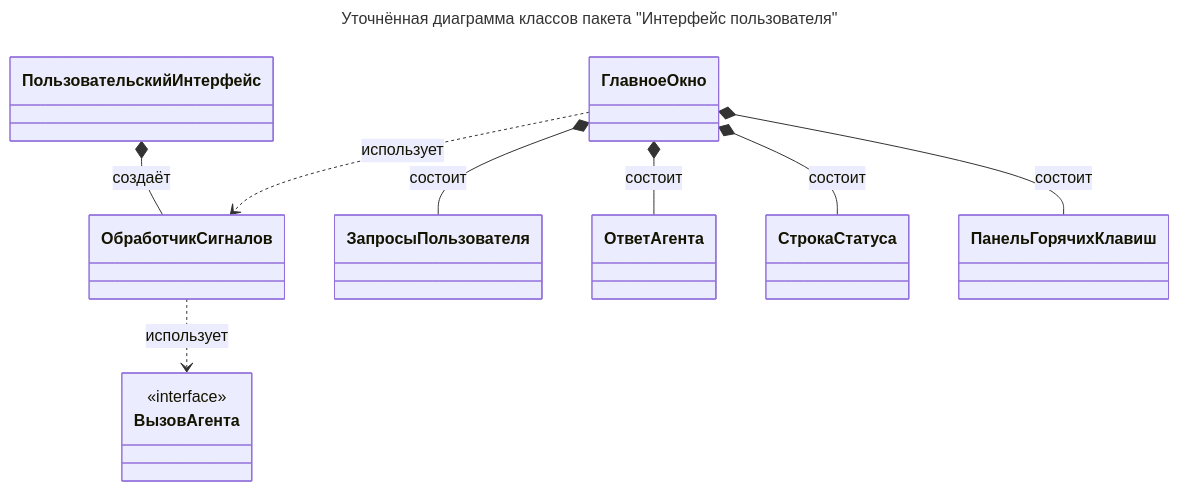
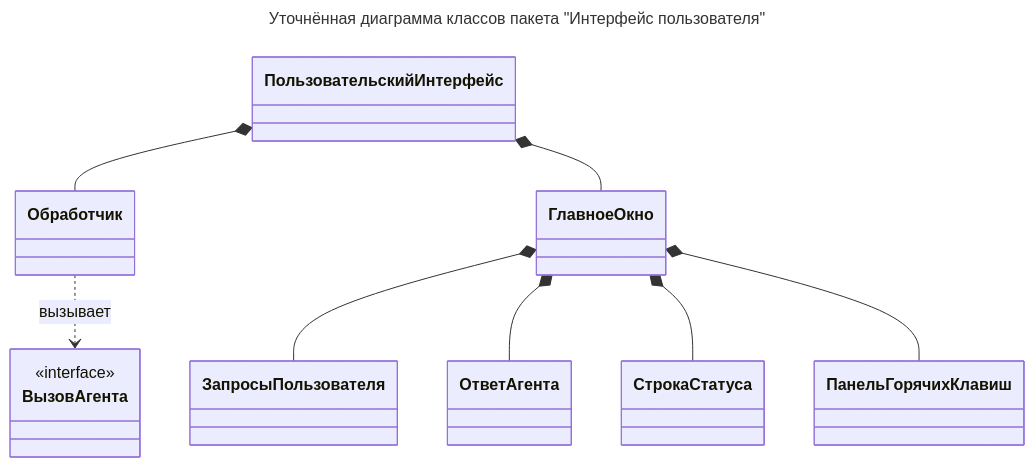
One commit to CHSU-scenarAIst/diagrammy changed the second of 2 diagrams in Пакет Интерфейс пользователя/3. Уточнённая диаграмма классов.md. Above: the diagram before and after it, drawn with Mermaid. The commit also changed other lines of this file and 13 other files, not shown here.

````diff
--- a/Пакет Интерфейс пользователя/3. Уточнённая диаграмма классов.md
+++ b/Пакет Интерфейс пользователя/3. Уточнённая диаграмма классов.md
@@ -44,18 +45,18 @@
 ```mermaid
 ---
 title: Уточнённая диаграмма классов пакета "Интерфейс пользователя"
 ---
 classDiagram
-    ПользовательскийИнтерфейс *-- ОбработчикСигналов : создаёт
-    ОбработчикСигналов ..> ВызовАгента : использует
-    ГлавноеОкно ..> ОбработчикСигналов : использует
+    ПользовательскийИнтерфейс *-- Обработчик
+    ПользовательскийИнтерфейс *-- ГлавноеОкно
+    Обработчик ..> ВызовАгента : вызывает
     
-    ГлавноеОкно *-- ЗапросыПользователя : состоит
-    ГлавноеОкно *-- ОтветАгента : состоит
-    ГлавноеОкно *-- СтрокаСтатуса : состоит
-    ГлавноеОкно *-- ПанельГорячихКлавиш : состоит
+    ГлавноеОкно *-- ЗапросыПользователя 
+    ГлавноеОкно *-- ОтветАгента 
+    ГлавноеОкно *-- СтрокаСтатуса 
+    ГлавноеОкно *-- ПанельГорячихКлавиш
 
     class ВызовАгента {
         <<interface>>
     }
 ```
````
